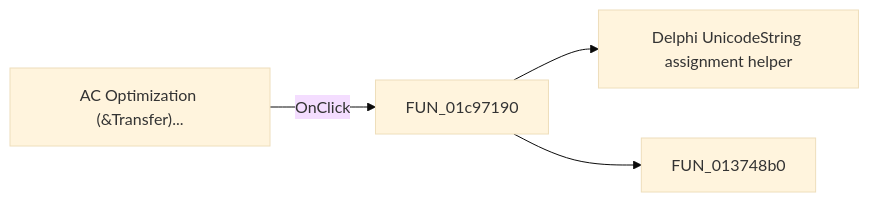
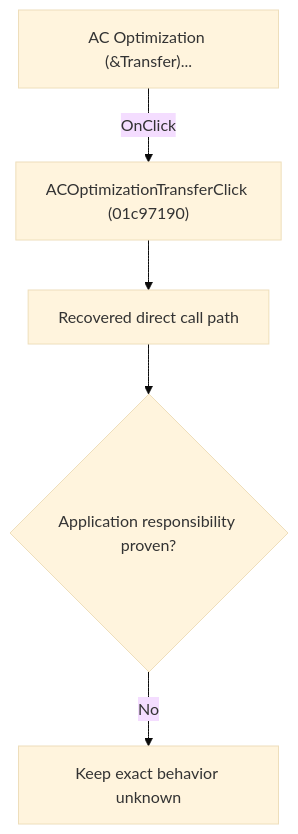
Before and after one commit to MovGP0/TIARA: the diagram in docs/ui-controls/schematiceditor/acoptimizationtransfer-a064a546e8.md, drawn with Mermaid (base theme). The commit also changed other lines of this file and 1062 other files, not shown here.

````diff
--- a/docs/ui-controls/schematiceditor/acoptimizationtransfer-a064a546e8.md
+++ b/docs/ui-controls/schematiceditor/acoptimizationtransfer-a064a546e8.md
@@ -27,6 +27,7 @@
 ```mermaid
-flowchart LR
-    control["AC Optimization (&Transfer)..."] -->|OnClick| handler["FUN_01c97190"]
-    handler --> call1["Delphi UnicodeString assignment helper"]
-    handler --> call2["FUN_013748b0"]
+flowchart TD
+    control["AC Optimization (&Transfer)..."] -->|"OnClick"| handler["ACOptimizationTransferClick (01c97190)"]
+    handler --> recovered["Recovered direct call path"]
+    recovered --> gap{"Application responsibility proven?"}
+    gap -->|"No"| blocked["Keep exact behavior unknown"]
 ```
````
